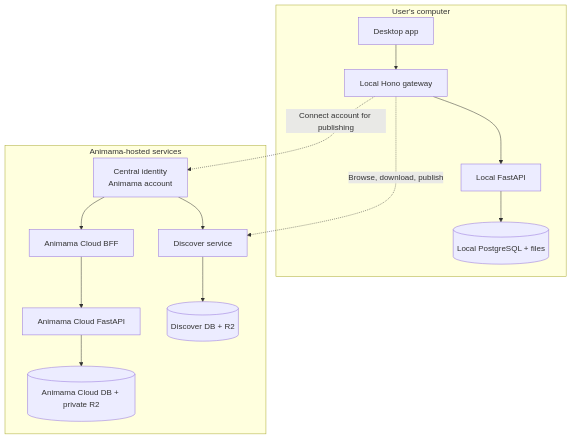
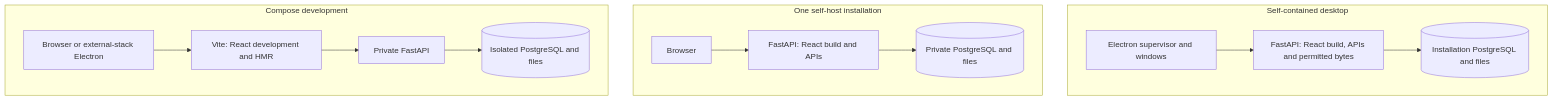
One commit to Kaus1ubh/animama changed the diagram in docs/architecture/deployment-topology.md. Above: the diagram before and after it, drawn with Mermaid. The commit also changed other lines of this file and 177 other files, not shown here.

Commit message:
refactor: serve the local application through FastAPI

````diff
--- a/docs/architecture/deployment-topology.md
+++ b/docs/architecture/deployment-topology.md
@@ -16,31 +8,22 @@
 ```mermaid
 flowchart TB
-    subgraph Local["User's computer"]
-        Desktop["Desktop app"]
-        LocalGateway["Local Hono gateway"]
-        LocalAPI["Local FastAPI"]
-        LocalData[("Local PostgreSQL + files")]
-
-        Desktop --> LocalGateway
-        LocalGateway --> LocalAPI
-        LocalAPI --> LocalData
+    subgraph Desktop["Self-contained desktop"]
+        Electron["Electron supervisor and windows"]
+        LocalAPI["FastAPI: React build, APIs and permitted bytes"]
+        LocalData[("Installation PostgreSQL and files")]
+        Electron --> LocalAPI --> LocalData
     end
-
-    subgraph Cloud["Animama-hosted services"]
-        Identity["Central identity<br/>Animama account"]
-        Discover["Discover service"]
-        HostedGateway["Animama Cloud BFF"]
-        HostedAPI["Animama Cloud FastAPI"]
-        DiscoverData[("Discover DB + R2")]
-        HostedData[("Animama Cloud DB + private R2")]
-
-        Identity --> HostedGateway
-        Identity --> Discover
-        HostedGateway --> HostedAPI
-        HostedAPI --> HostedData
-        Discover --> DiscoverData
+    subgraph SelfHost["One self-host installation"]
+        Browser["Browser"]
+        App["FastAPI: React build and APIs"]
+        Data[("Private PostgreSQL and files")]
+        Browser --> App --> Data
     end
-
-    LocalGateway -. "Connect account for publishing" .-> Identity
-    LocalGateway -. "Browse, download, publish" .-> Discover
+    subgraph Development["Compose development"]
+        DevBrowser["Browser or external-stack Electron"]
+        Vite["Vite: React development and HMR"]
+        DevAPI["Private FastAPI"]
+        DevData[("Isolated PostgreSQL and files")]
+        DevBrowser --> Vite --> DevAPI --> DevData
+    end
 ```
````
